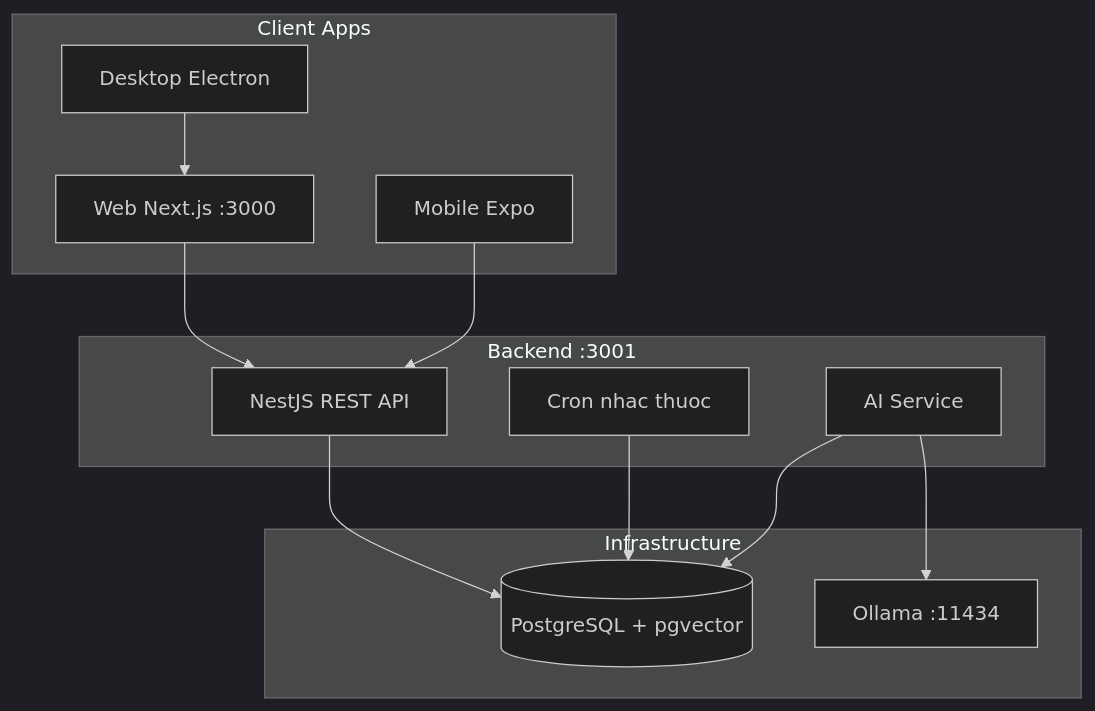
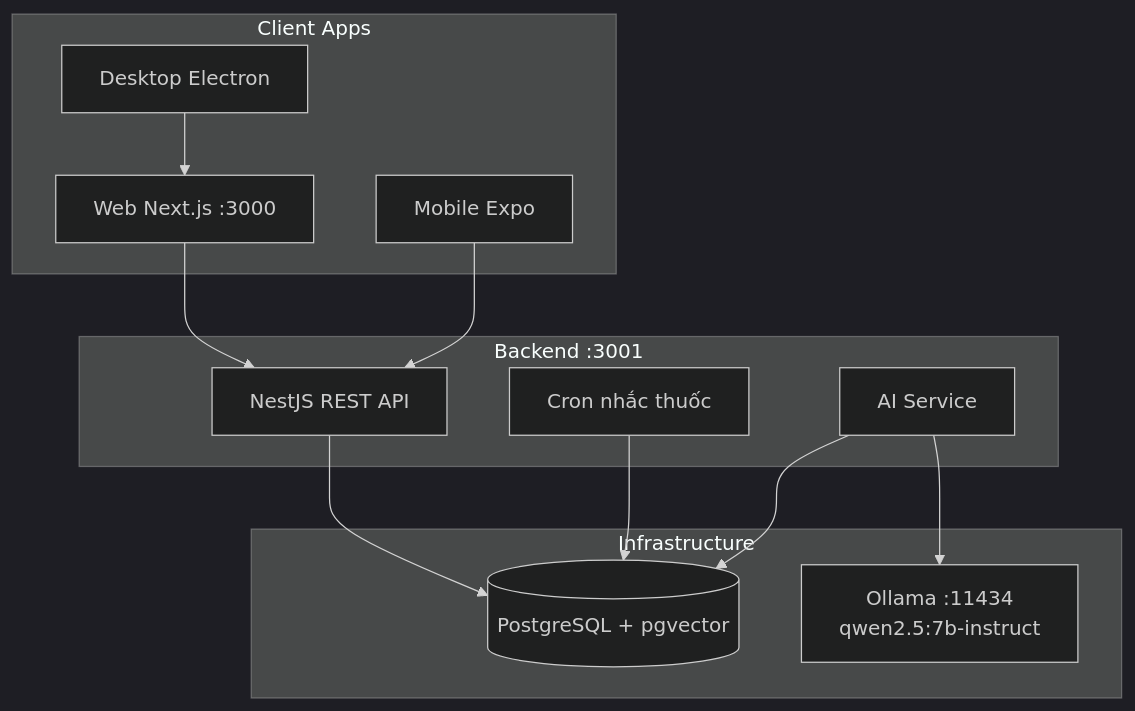
The diagram in README.md (LongLee0605/healthguard), drawn with Mermaid (dark theme) before and after one commit. The commit also changed other lines of this file, not shown here.

````diff
--- a/README.md
+++ b/README.md
@@ -249,27 +224,27 @@
 ```mermaid
 flowchart TB
   subgraph clients [Client Apps]
-    WEB[Web Next.js :3000]
-    DESK[Desktop Electron]
-    MOB[Mobile Expo]
+    WEB["Web Next.js :3000"]
+    DESK["Desktop Electron"]
+    MOB["Mobile Expo"]
   end
 
-  subgraph server [Backend :3001]
-    API[NestJS REST API]
-    CRON[Cron nhac thuoc]
-    AI[AI Service]
+  subgraph server ["Backend :3001"]
+    API["NestJS REST API"]
+    CRON["Cron nhắc thuốc"]
+    AI["AI Service"]
   end
 
   subgraph infra [Infrastructure]
-    PG[(PostgreSQL + pgvector)]
-    OLL[Ollama :11434]
+    PG[("PostgreSQL + pgvector")]
+    OLL["Ollama :11434<br/>qwen2.5:7b-instruct"]
   end
 
   WEB --> API
   DESK --> WEB
   MOB --> API
   API --> PG
   AI --> OLL
   AI --> PG
   CRON --> PG
 ```
````
